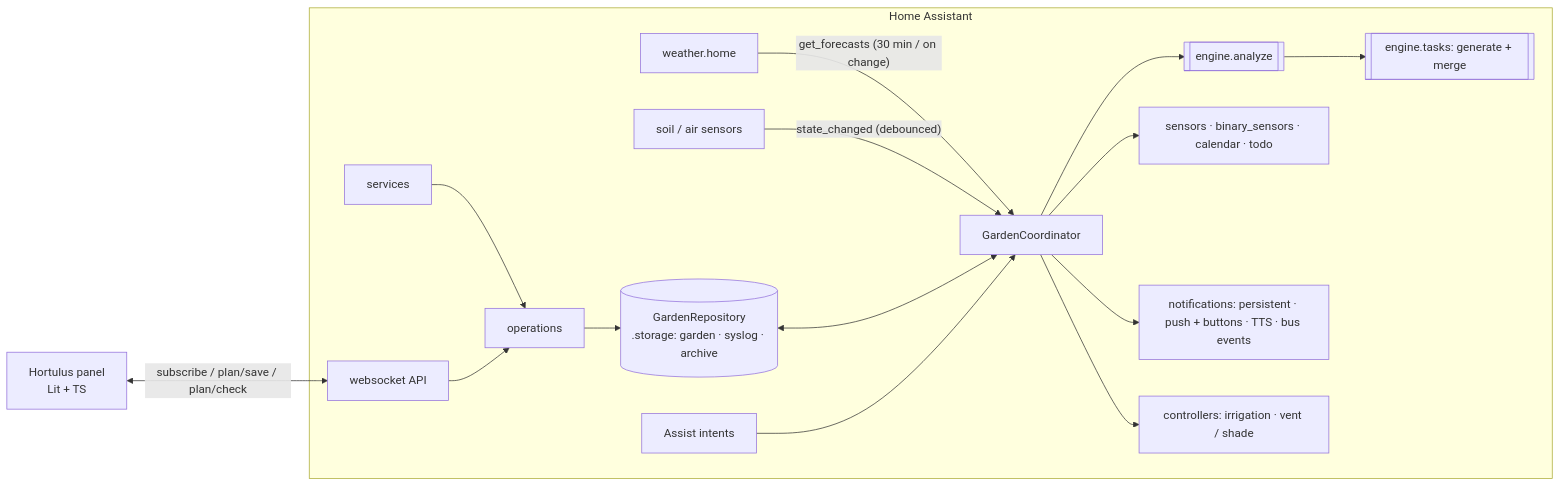
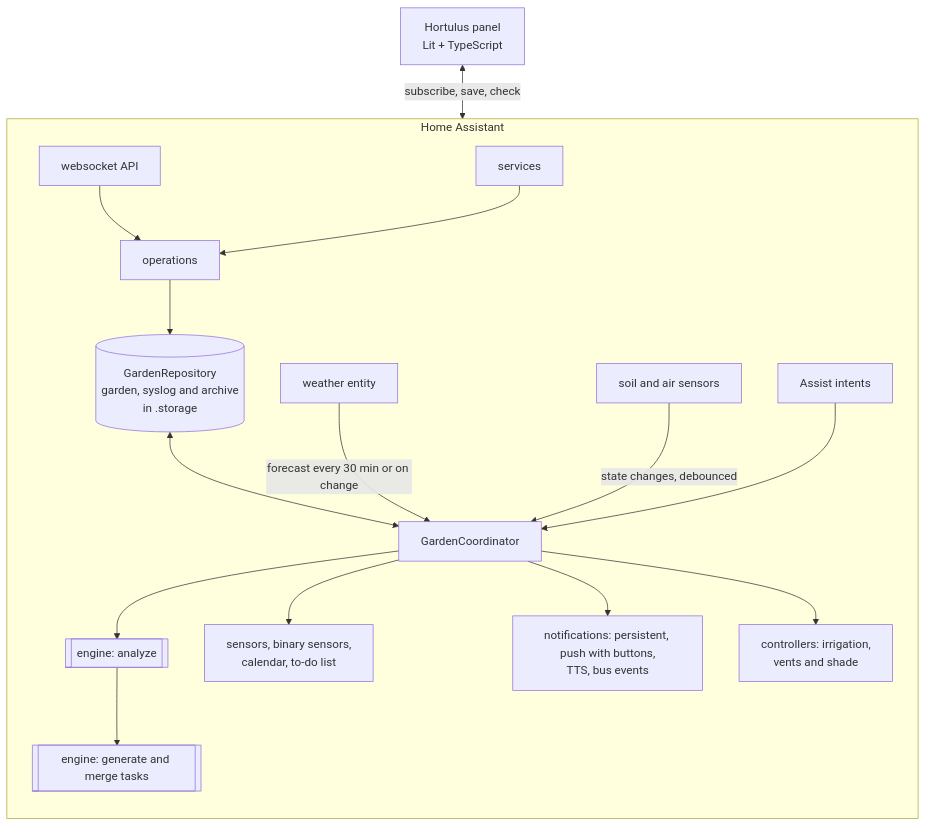
Before and after one commit to emeryf81/greenhouse: the diagram in docs/BLUEPRINT.md, drawn with Mermaid. The commit also changed 1 other file, not shown here.

Commit message:
Blueprint 2.1: make the runtime diagram render reliably
Quote every label and edge text, drop characters Mermaid's flowchart syntax can trip over
(slashes, parentheses, underscores in labels) and lay it out top to bottom so it stays readable
in a narrow column. Checked with Mermaid 10.9 and 11.17: parses and renders without errors.

Claude-Session: https://claude.ai/code/session_01RT4pKxTep5N2XNGdwPNeKD

````diff
--- a/docs/BLUEPRINT.md
+++ b/docs/BLUEPRINT.md
@@ -152,17 +152,33 @@
 ```mermaid
-flowchart LR
-  subgraph HA[Home Assistant]
-    W[weather.home] -- get_forecasts (30 min / on change) --> C
-    S[soil / air sensors] -- state_changed (debounced) --> C
-    C[GardenCoordinator] --> A[[engine.analyze]]
-    A --> T[[engine.tasks: generate + merge]]
-    R[(GardenRepository<br/>.storage: garden · syslog · archive)] <--> C
-    C --> E[sensors · binary_sensors · calendar · todo]
-    C --> N[notifications: persistent · push + buttons · TTS · bus events]
-    C --> H[controllers: irrigation · vent / shade]
-    SV[services] --> O[operations] --> R
-    WS[websocket API] --> O
-    VO[Assist intents] --> C
+flowchart TB
+  P["Hortulus panel<br/>Lit + TypeScript"]
+  subgraph HA["Home Assistant"]
+    direction TB
+    WS["websocket API"]
+    SV["services"]
+    VO["Assist intents"]
+    O["operations"]
+    R[("GardenRepository<br/>garden, syslog and archive<br/>in .storage")]
+    W["weather entity"]
+    S["soil and air sensors"]
+    C["GardenCoordinator"]
+    A[["engine: analyze"]]
+    T[["engine: generate and merge tasks"]]
+    E["sensors, binary sensors,<br/>calendar, to-do list"]
+    N["notifications: persistent, push with buttons,<br/>TTS, bus events"]
+    H["controllers: irrigation,<br/>vents and shade"]
   end
-  P[Hortulus panel<br/>Lit + TS] <-- subscribe / plan/save / plan/check --> WS
+  P <-->|"subscribe, save, check"| WS
+  WS --> O
+  SV --> O
+  O --> R
+  R <--> C
+  W -->|"forecast every 30 min or on change"| C
+  S -->|"state changes, debounced"| C
+  VO --> C
+  C --> A
+  A --> T
+  C --> E
+  C --> N
+  C --> H
 ```
````
